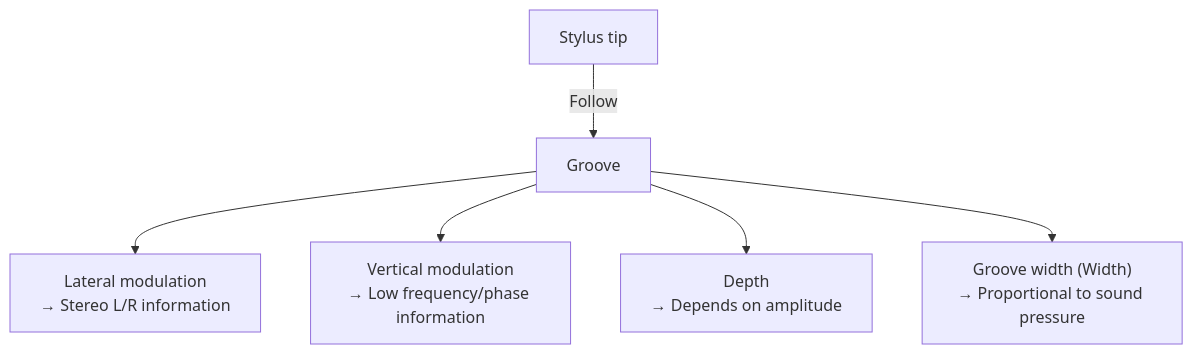
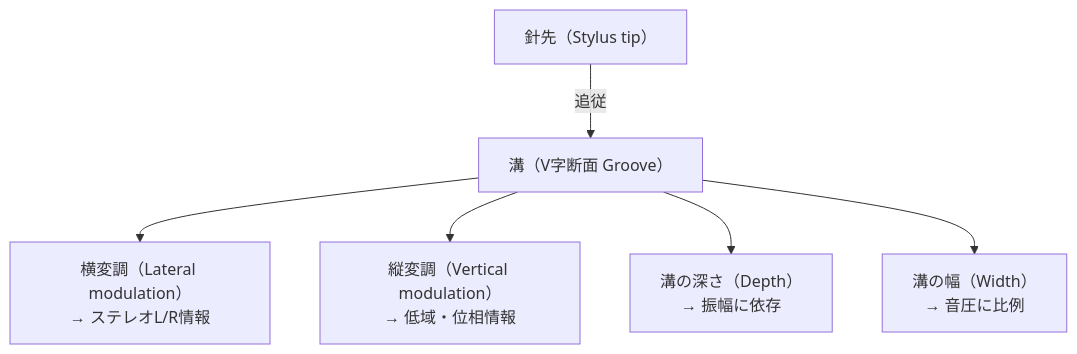
The second of 3 diagrams in en/_posts/2025-10-11-Colum-10-Inch-Vinyl-Tech.md (monumental-movement/monumental-movement.github.io), drawn with Mermaid before and after one commit. The commit also changed other lines of this file and 211 other files, not shown here.

```diff
--- a/en/_posts/2025-10-11-Colum-10-Inch-Vinyl-Tech.md
+++ b/en/_posts/2025-10-11-Colum-10-Inch-Vinyl-Tech.md
@@ -194,17 +194,17 @@
 <div class="mermaid">
 
 flowchart TB
-S["Stylus tip"]
-G["Groove"]
-L["Lateral modulation\n→ Stereo L/R information"]
-V["Vertical modulation\n→ Low frequency/phase information"]
-D["Depth\n→ Depends on amplitude"]
-W["Groove width (Width)\n→ Proportional to sound pressure"]
+    S["針先（Stylus tip）"]
+    G["溝（V字断面 Groove）"]
+    L["横変調（Lateral modulation）\n→ ステレオL/R情報"]
+    V["縦変調（Vertical modulation）\n→ 低域・位相情報"]
+    D["溝の深さ（Depth）\n→ 振幅に依存"]
+    W["溝の幅（Width）\n→ 音圧に比例"]
 
-S -->|Follow| G
-G --> L
-G --> V
-G --> D
-G --> W
+    S -->|追従| G
+    G --> L
+    G --> V
+    G --> D
+    G --> W
 
 </div>
```
